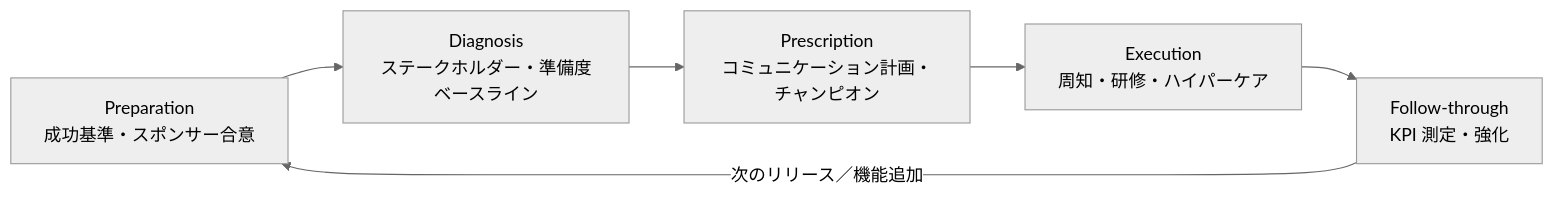
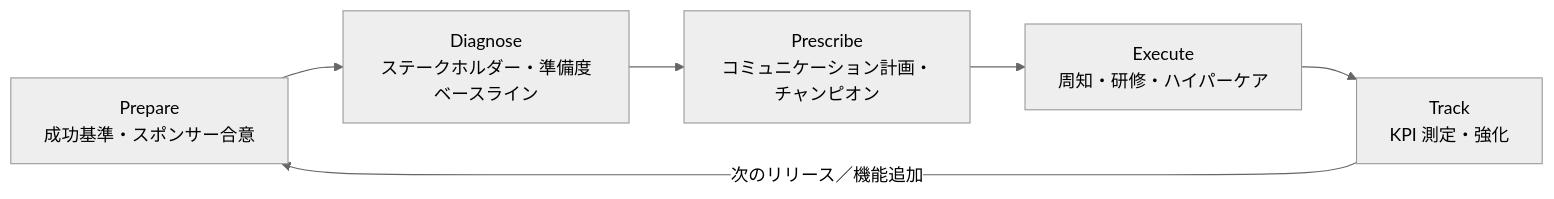
One commit to hidefumiagata/platform-doc changed the first of 3 diagrams in ServiceNow/04_応用編/13-adoption-change-management.md. Above: the diagram before and after it, drawn with Mermaid (neutral theme). The commit also changed other lines of this file and 346 other files, not shown here.

````diff
--- a/ServiceNow/04_応用編/13-adoption-change-management.md
+++ b/ServiceNow/04_応用編/13-adoption-change-management.md
@@ -107,8 +123,8 @@
 ```mermaid
 flowchart LR
-  P[Preparation<br/>成功基準・スポンサー合意] --> D[Diagnosis<br/>ステークホルダー・準備度ベースライン]
-  D --> R[Prescription<br/>コミュニケーション計画・チャンピオン]
-  R --> E[Execution<br/>周知・研修・ハイパーケア]
-  E --> F[Follow-through<br/>KPI 測定・強化]
+  P[Prepare<br/>成功基準・スポンサー合意] --> D[Diagnose<br/>ステークホルダー・準備度ベースライン]
+  D --> R[Prescribe<br/>コミュニケーション計画・チャンピオン]
+  R --> E[Execute<br/>周知・研修・ハイパーケア]
+  E --> F[Track<br/>KPI 測定・強化]
   F -->|次のリリース／機能追加| P
 ```
````
